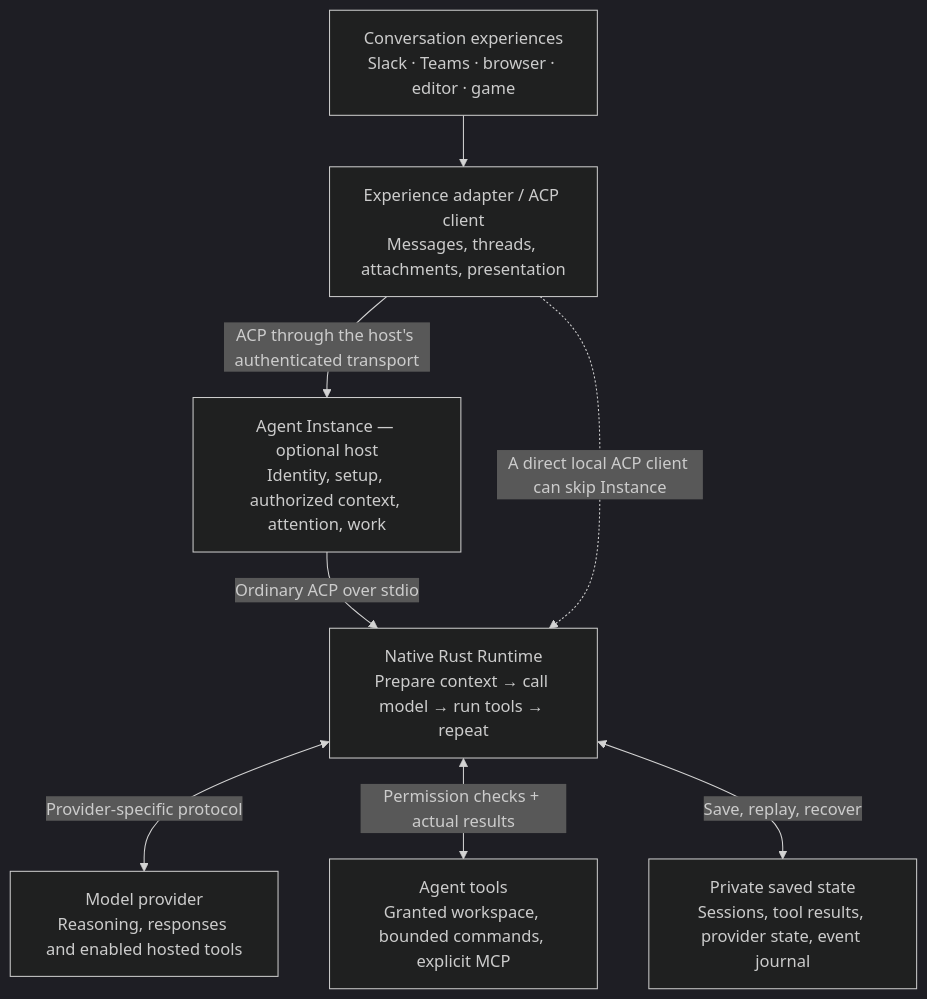
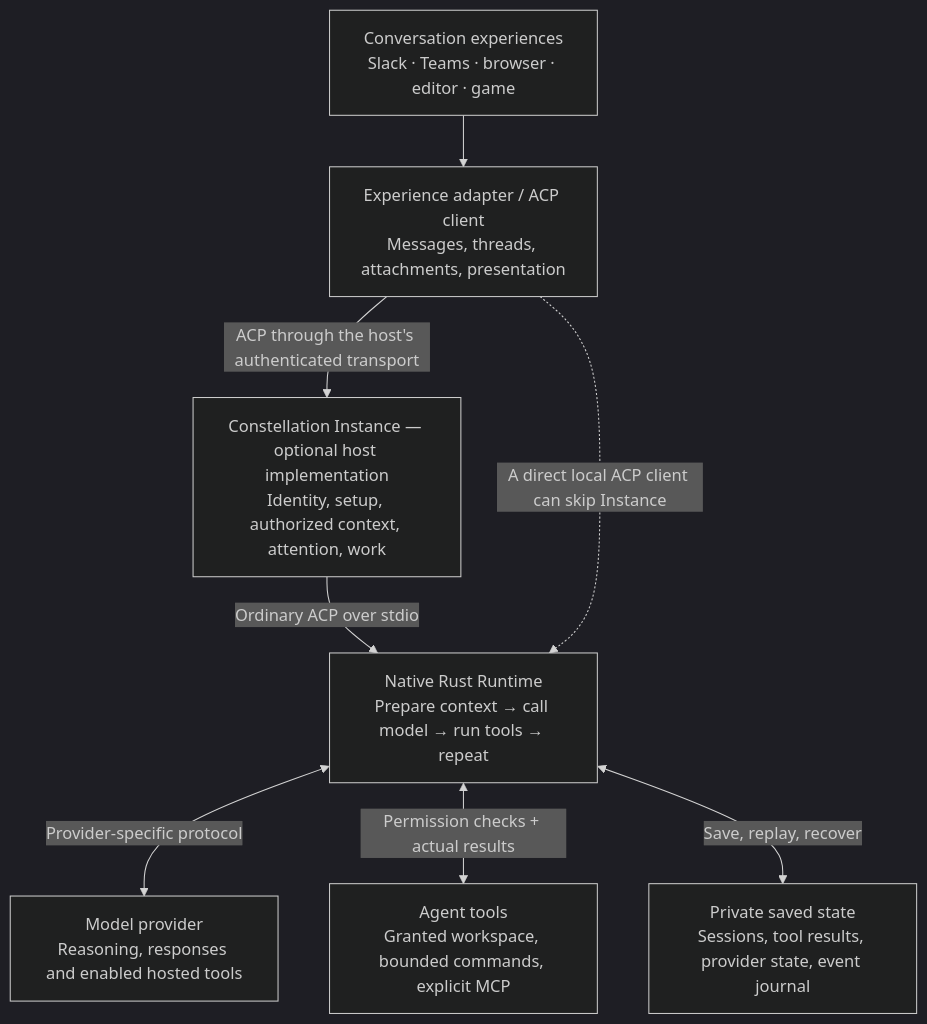
One commit to microsoft/amplifier-constellation-runtime changed the diagram in docs/runtime-overview.md. Above: the diagram before and after it, drawn with Mermaid (dark theme). The commit also changed other lines of this file and 4 other files, not shown here.

````diff
--- a/docs/runtime-overview.md
+++ b/docs/runtime-overview.md
@@ -11,17 +11,17 @@
 ```mermaid
 flowchart TB
     E["Conversation experiences<br/>Slack · Teams · browser · editor · game"]
     A["Experience adapter / ACP client<br/>Messages, threads, attachments, presentation"]
-    I["Agent Instance — optional host<br/>Identity, setup, authorized context, attention, work"]
+    I["Constellation Instance — optional host implementation<br/>Identity, setup, authorized context, attention, work"]
     R["Native Rust Runtime<br/>Prepare context → call model → run tools → repeat"]
     P["Model provider<br/>Reasoning, responses and enabled hosted tools"]
     T["Agent tools<br/>Granted workspace, bounded commands, explicit MCP"]
     S["Private saved state<br/>Sessions, tool results, provider state, event journal"]
     E --> A
     A -->|"ACP through the host's authenticated transport"| I
     I -->|"Ordinary ACP over stdio"| R
     A -.->|"A direct local ACP client can skip Instance"| R
     R <-->|"Provider-specific protocol"| P
     R <-->|"Permission checks + actual results"| T
     R <-->|"Save, replay, recover"| S
 ```
````
